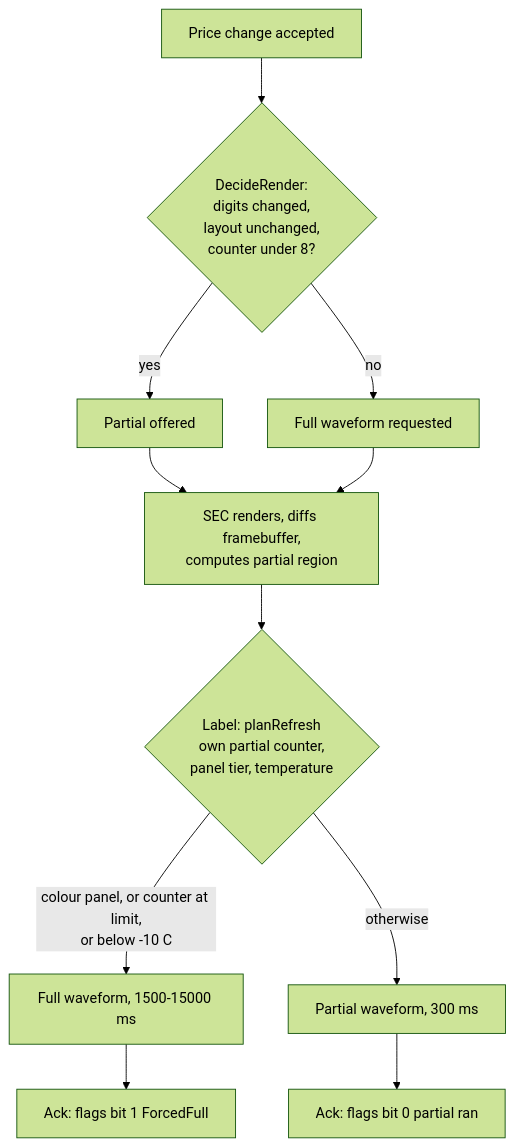
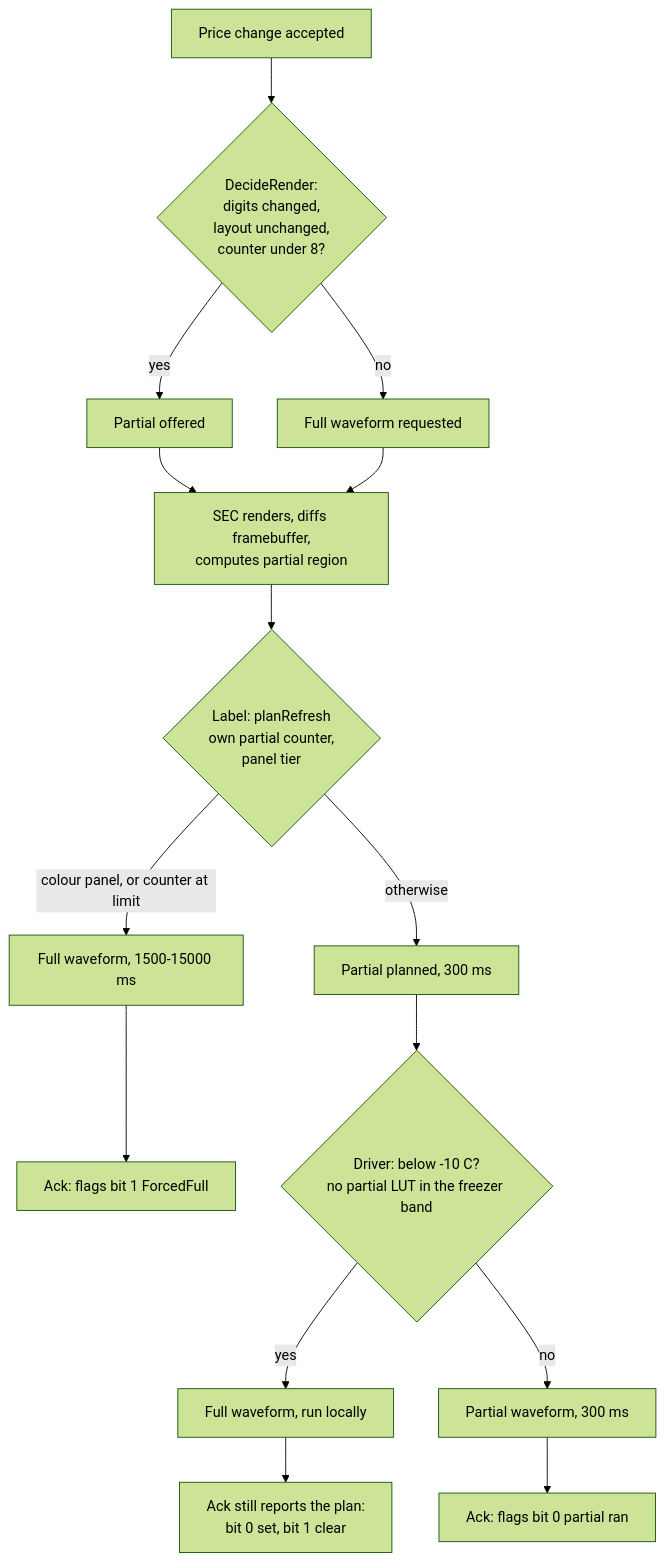
One commit to udaykishore-resu/usslp-platform changed the diagram in docs/adr/0017-eink-partial-refresh-policy.md. Above: the diagram before and after it, drawn with Mermaid (forest theme). The commit also changed other lines of this file and 16 other files, not shown here.

First line of the commit message:
docs: add a diagram index, and audit every diagram against the code

````diff
--- a/docs/adr/0017-eink-partial-refresh-policy.md
+++ b/docs/adr/0017-eink-partial-refresh-policy.md
@@ -87,13 +91,17 @@
 ```mermaid
 flowchart TB
   A["Price change accepted"] --> B{"DecideRender:<br/>digits changed,<br/>layout unchanged,<br/>counter under 8?"}
   B -- no --> F["Full waveform requested"]
   B -- yes --> P["Partial offered"]
   P --> C["SEC renders, diffs framebuffer,<br/>computes partial region"]
-  C --> L{"Label: planRefresh<br/>own partial counter,<br/>panel tier, temperature"}
+  C --> L{"Label: planRefresh<br/>own partial counter,<br/>panel tier"}
   F --> C
-  L -- "colour panel, or counter at limit,<br/>or below -10 C" --> FF["Full waveform, 1500-15000 ms"]
-  L -- otherwise --> PP["Partial waveform, 300 ms"]
+  L -- "colour panel, or counter at limit" --> FF["Full waveform, 1500-15000 ms"]
+  L -- otherwise --> PP["Partial planned, 300 ms"]
   FF --> ACK["Ack: flags bit 1 ForcedFull"]
-  PP --> ACK2["Ack: flags bit 0 partial ran"]
+  PP --> D{"Driver: below -10 C?<br/>no partial LUT in the freezer band"}
+  D -- yes --> DF["Full waveform, run locally"]
+  D -- no --> DP["Partial waveform, 300 ms"]
+  DF --> ACK3["Ack still reports the plan:<br/>bit 0 set, bit 1 clear"]
+  DP --> ACK2["Ack: flags bit 0 partial ran"]
 ```
````
